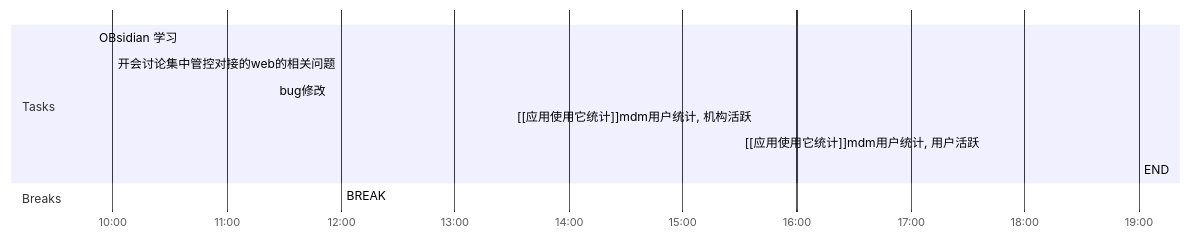
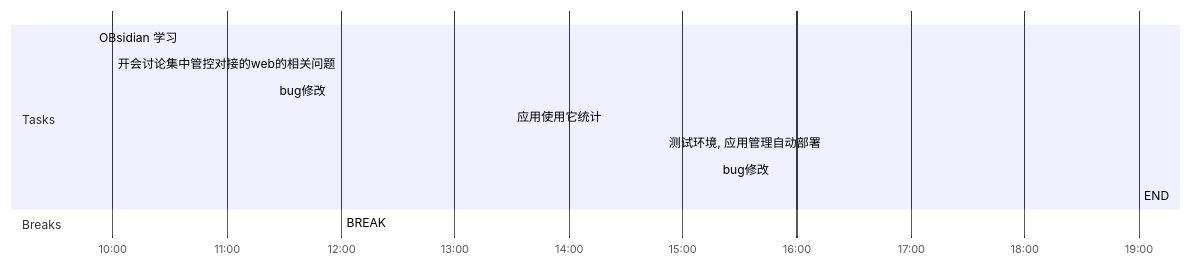
One commit to yangld/learn changed the diagram in Day Planners/Day Planner-20211117.md. Above: the diagram before and after it, drawn with Mermaid. The commit also changed other lines of this file and 8 other files, not shown here.

````diff
--- a/Day Planners/Day Planner-20211117.md
+++ b/Day Planners/Day Planner-20211117.md
@@ -2,15 +2,16 @@
 ```mermaid
 gantt
     dateFormat  HH-mm
     axisFormat %H:%M
-    %% Current Time: 下午3:02:37
+    %% Current Time: 下午4:02:23
     section Tasks
     OBsidian 学习     :09-50, 10mm
     开会讨论集中管控对接的web的相关问题     :10-00, 85mm
     bug修改     :11-25, 35mm
-    [[应用使用它统计]]mdm用户统计, 机构活跃     :13-30, 120mm
-    [[应用使用它统计]]mdm用户统计, 用户活跃     :15-30, 210mm
+    应用使用它统计     :13-30, 80mm
+    测试环境, 应用管理自动部署     :14-50, 28mm
+    bug修改     :15-18, 222mm
     END     :19-00, 0mm
     section Breaks
     BREAK     :12-00, 90mm
 ```
````
